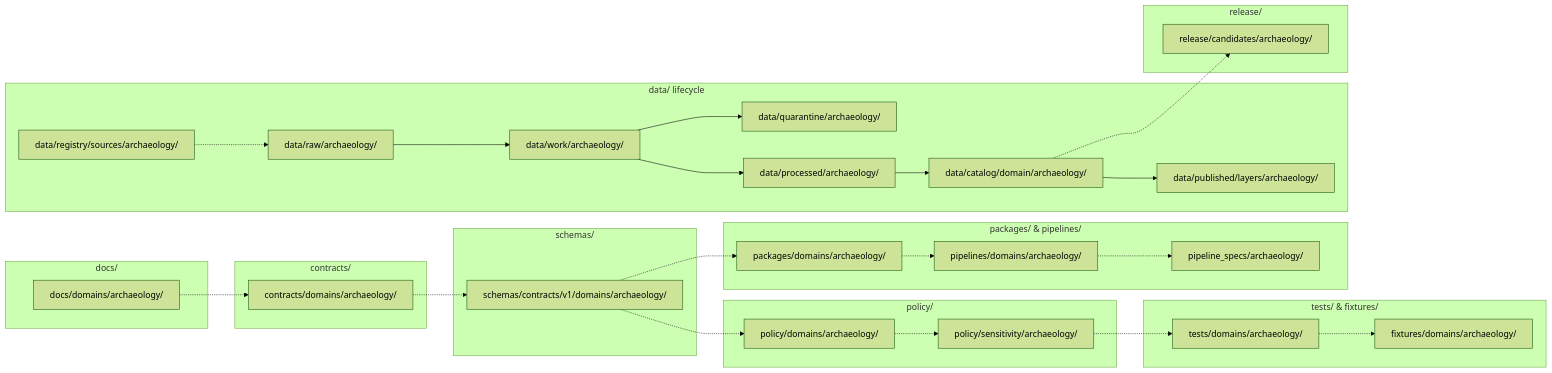
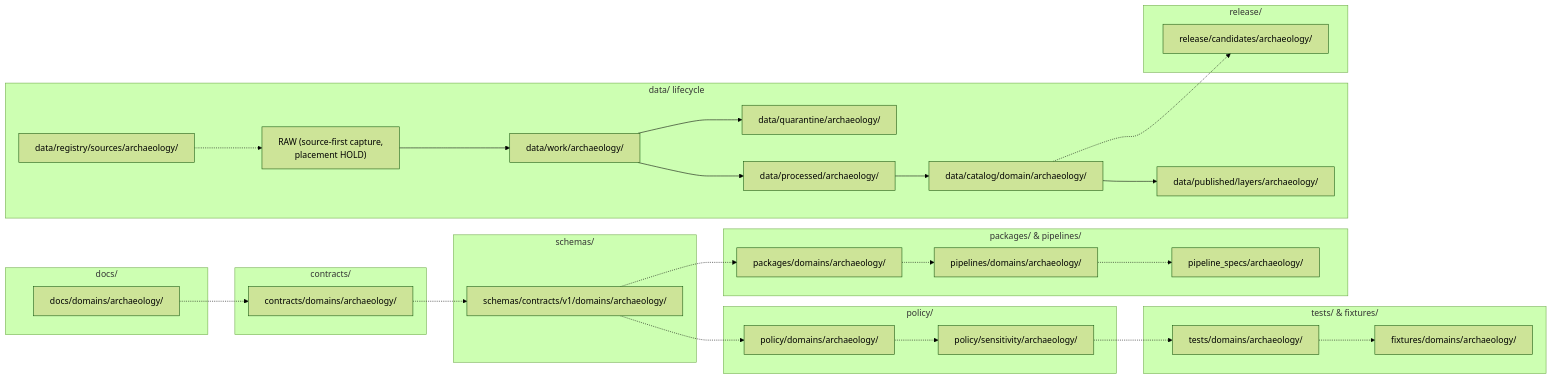
Before and after one commit to bartytime4life/Kansas-Frontier-Matrix: the diagram in docs/domains/archaeology/MISSING_OR_PLANNED_FILES.md, drawn with Mermaid (forest theme). The commit also changed other lines of this file and 13 other files, not shown here.

First line of the commit message:
docs(archaeology): align RAW placement doctrine with source-first DIR-SOURCE-001

````diff
--- a/docs/domains/archaeology/MISSING_OR_PLANNED_FILES.md
+++ b/docs/domains/archaeology/MISSING_OR_PLANNED_FILES.md
@@ -197,47 +200,47 @@
 ```mermaid
 %% PROPOSED archaeology lane shape — Directory Rules §12 pattern.
 %% Cannot be confirmed against the live repo in this session.
 flowchart LR
   subgraph DOCS["docs/"]
     D1["docs/domains/archaeology/"]
   end
   subgraph CONTRACTS["contracts/"]
     C1["contracts/domains/archaeology/"]
   end
   subgraph SCHEMAS["schemas/"]
     S1["schemas/contracts/v1/domains/archaeology/"]
   end
   subgraph POLICY["policy/"]
     P1["policy/domains/archaeology/"]
     P2["policy/sensitivity/archaeology/"]
   end
   subgraph TESTS["tests/ &amp; fixtures/"]
     T1["tests/domains/archaeology/"]
     F1["fixtures/domains/archaeology/"]
   end
   subgraph CODE["packages/ &amp; pipelines/"]
     PK1["packages/domains/archaeology/"]
     PL1["pipelines/domains/archaeology/"]
     PS1["pipeline_specs/archaeology/"]
   end
   subgraph DATA["data/ lifecycle"]
-    DRA["data/raw/archaeology/"]
+    DRA["RAW (source-first capture,<br/>placement HOLD)"]
     DWO["data/work/archaeology/"]
     DQU["data/quarantine/archaeology/"]
     DPR["data/processed/archaeology/"]
     DCA["data/catalog/domain/archaeology/"]
     DPU["data/published/layers/archaeology/"]
     DRG["data/registry/sources/archaeology/"]
   end
   subgraph RELEASE["release/"]
     R1["release/candidates/archaeology/"]
   end
 
   D1 -.-> C1 -.-> S1 -.-> P1
   P1 -.-> P2 -.-> T1 -.-> F1
   S1 -.-> PK1 -.-> PL1 -.-> PS1
   DRA --> DWO --> DPR --> DCA --> DPU
   DWO --> DQU
   DRG -.-> DRA
   DCA -.-> R1
 ```
````
